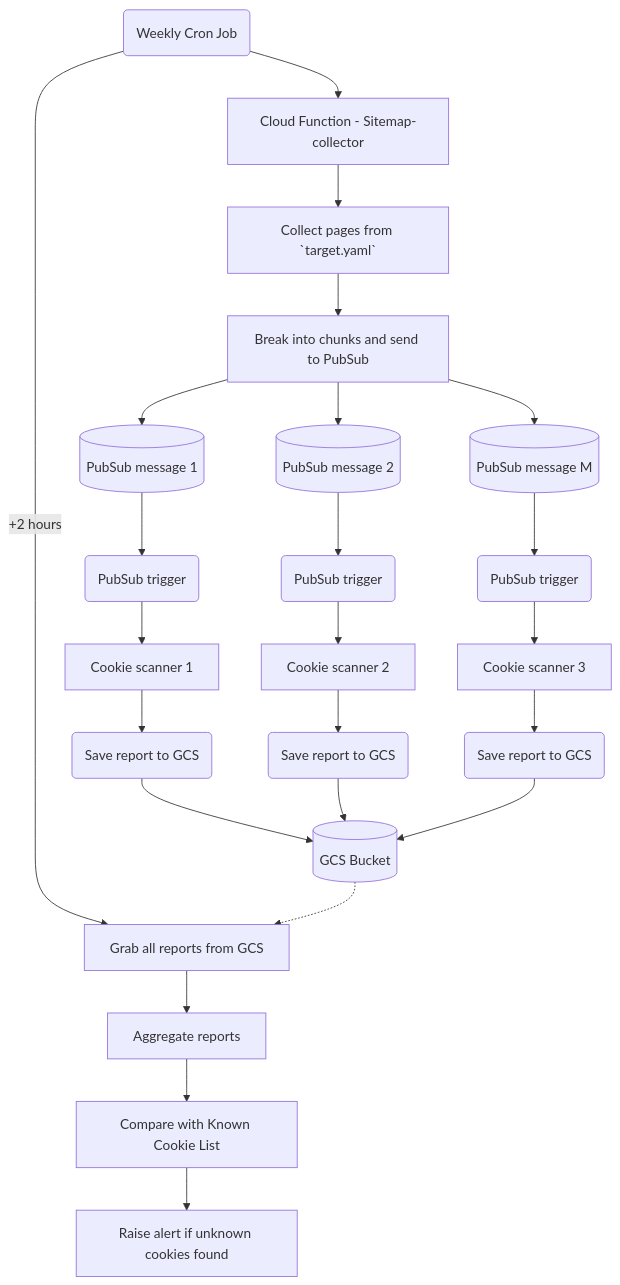
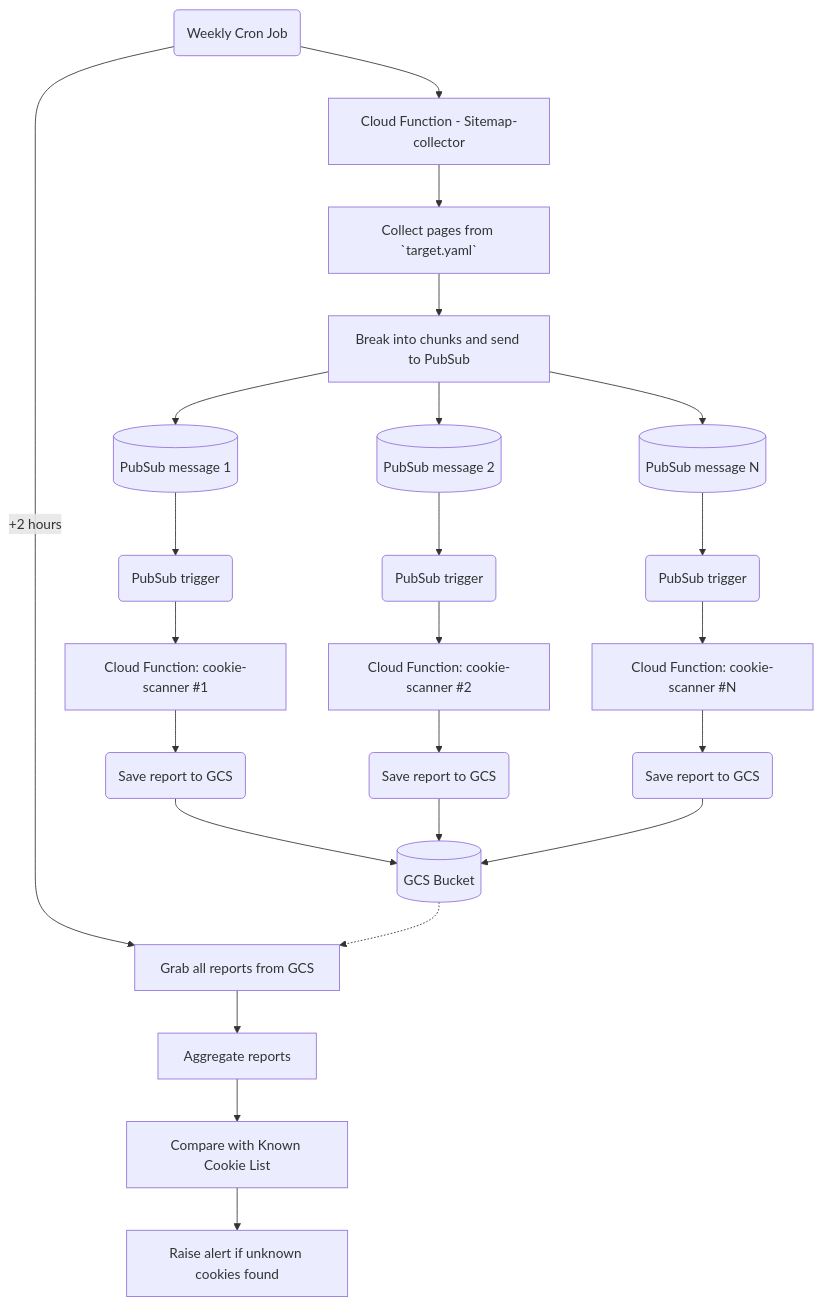
One commit to getsentry/sentry-watchdog changed the diagram in README.md. Above: the diagram before and after it, drawn with Mermaid.

````diff
--- a/README.md
+++ b/README.md
@@ -54,31 +54,31 @@
 ```mermaid
 graph TD
 		A(Weekly Cron Job) --> P
 		P[Cloud Function - Sitemap-collector] --> B
     B[Collect pages from `target.yaml`]--> C
     C[Break into chunks and send to PubSub] 
     
     C --> E1@{ shape: cyl, label: "PubSub message 1"}
     C --> E2@{ shape: cyl, label: "PubSub message 2"}
-		C --> E3@{ shape: cyl, label: "PubSub message M"}
+		C --> E3@{ shape: cyl, label: "PubSub message N"}
 		
     E1 --> Q1(PubSub trigger) -->F1[Cloud Function: cookie-scanner #1]
     E2 --> Q2(PubSub trigger) -->F2[Cloud Function: cookie-scanner #2]
     E3 --> Q3(PubSub trigger) -->F3[Cloud Function: cookie-scanner #N]
 
-    F1[Cookie scanner 1] -->H1
-    F2[Cookie scanner 2] -->H2
-    F3[Cookie scanner 3] -->H3
+    F1 -->H1
+    F2 -->H2
+    F3 -->H3
 
     H1(Save report to GCS) -->I@{ shape: cyl, label: "GCS Bucket"}
     H2(Save report to GCS) -->I
     H3(Save report to GCS) -->I
 
     A --> | +2 hours| K
     I -.->K
     K[Grab all reports from GCS] -->L
     L[Aggregate reports] -->M
     M[Compare with Known Cookie List] -->N
     N[Raise alert if unknown cookies found]
 
 ```
````
